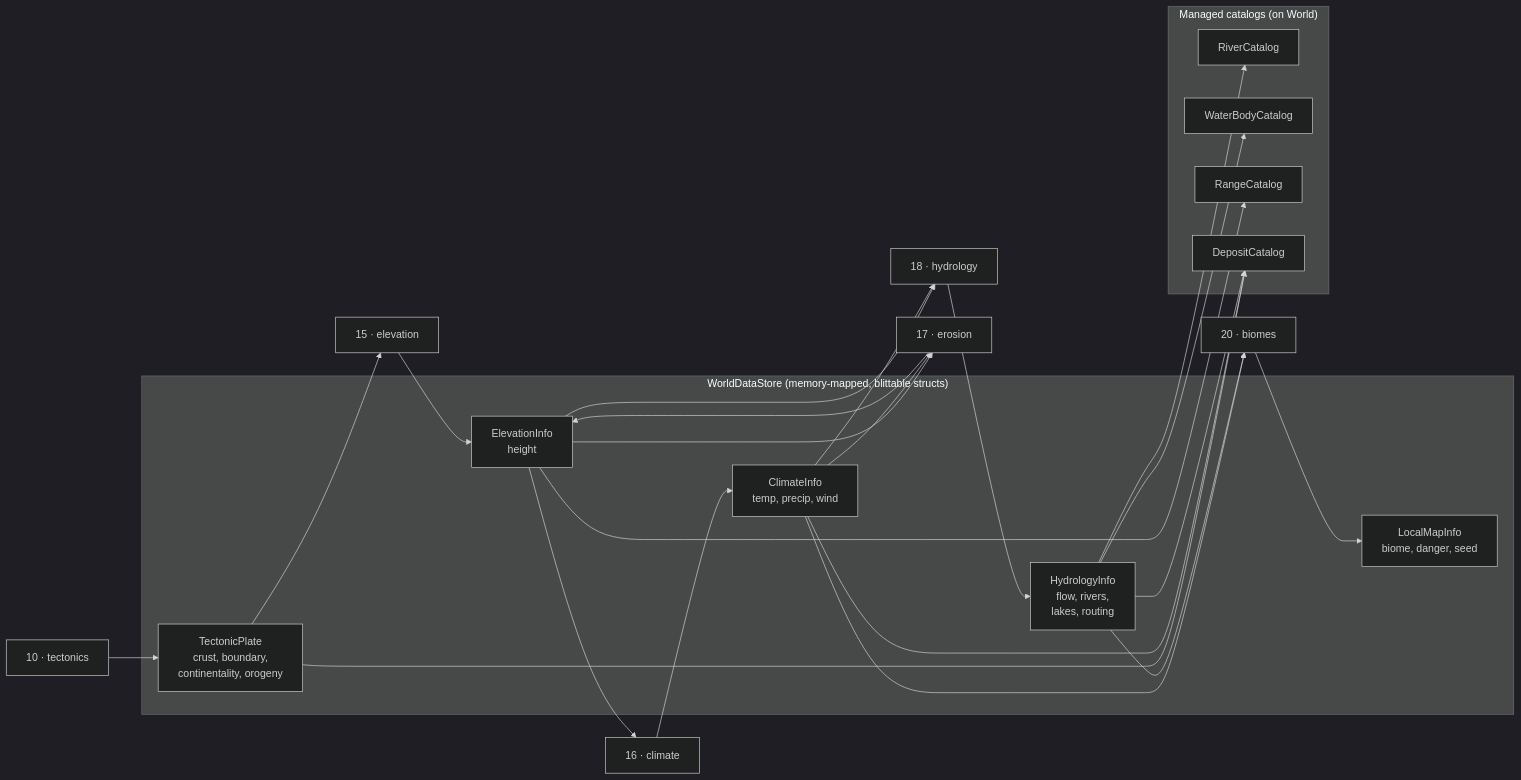
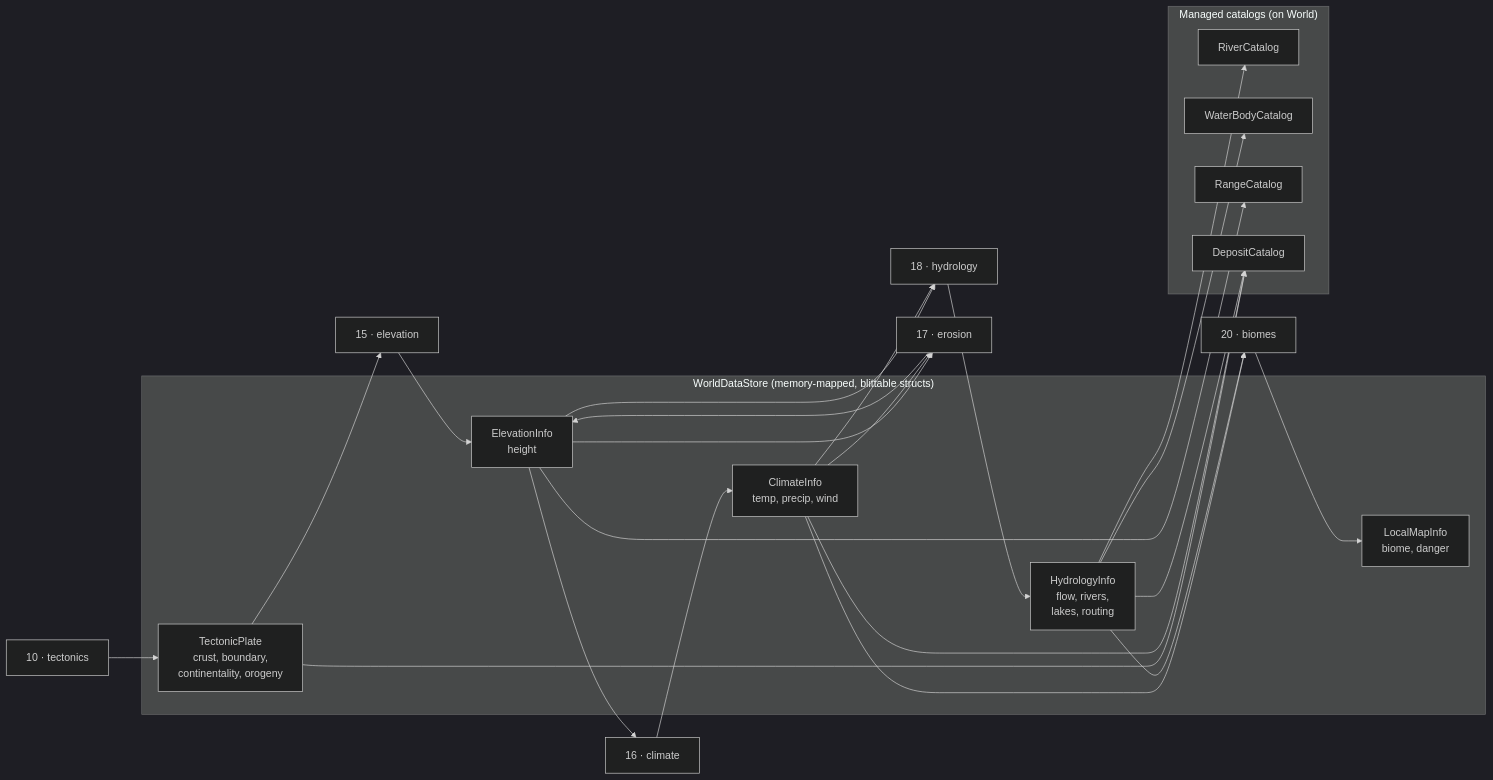
One commit to myarichuk/RoguelikeToolkit.World changed the second of 5 diagrams in docs/ARCHITECTURE.md. Above: the diagram before and after it, drawn with Mermaid (dark theme). The commit also changed 13 other files, not shown here.

First line of the commit message:
Compact tectonics into a plate table; drop per-hex LocalMapInfo.Seed

````diff
--- a/docs/ARCHITECTURE.md
+++ b/docs/ARCHITECTURE.md
@@ -61,35 +61,35 @@
 ```mermaid
 flowchart LR
     subgraph store["WorldDataStore (memory-mapped, blittable structs)"]
         T["TectonicPlate<br/>crust, boundary,<br/>continentality, orogeny"]
         E["ElevationInfo<br/>height"]
         C["ClimateInfo<br/>temp, precip, wind"]
         H["HydrologyInfo<br/>flow, rivers,<br/>lakes, routing"]
-        B["LocalMapInfo<br/>biome, danger, seed"]
+        B["LocalMapInfo<br/>biome, danger"]
     end
     subgraph cats["Managed catalogs (on World)"]
         RC["RiverCatalog"]
         WB["WaterBodyCatalog"]
         RG["RangeCatalog"]
         DP["DepositCatalog"]
     end
 
     S10["10 · tectonics"] --> T
     T --> S15["15 · elevation"]
     S15 --> E
     E --> S16["16 · climate"]
     S16 --> C
     E --> S17["17 · erosion"]
     C --> S17
     S17 --> E
     E --> S18["18 · hydrology"]
     C --> S18
     S18 --> H
     H --> RC
     H --> WB
     E --> RG
     C --> S20["20 · biomes"]
     H --> S20
     S20 --> B
     T & C & H --> DP
 ```
````
